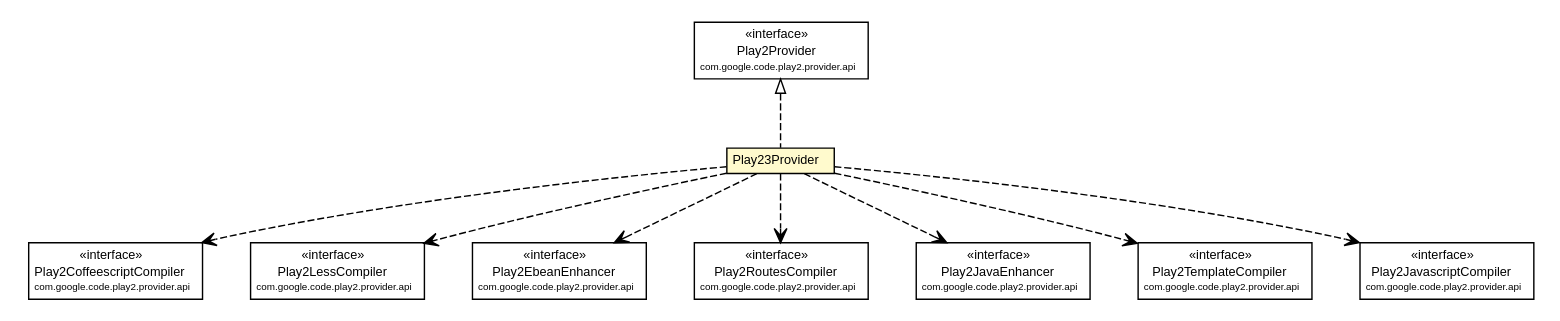
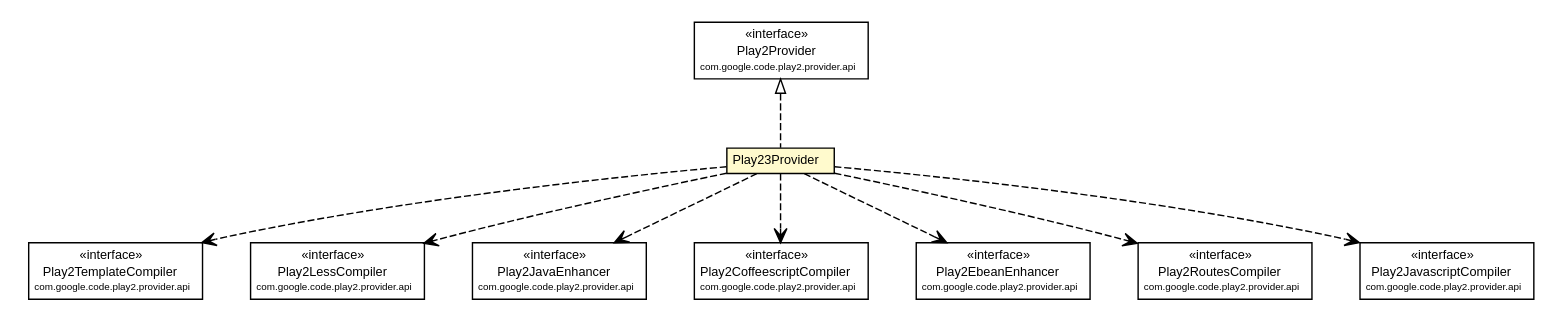
Before and after one commit to wouterhardeman/play2-maven-plugin: the diagram in mavensite/1.0.0-beta1-SNAPSHOT/play2-providers/play2-provider-play23/apidocs/com/google/code/play2/provider/play23/Play23Provider.dot, drawn with Graphviz. The commit also changed 224 other files, not shown here.

Commit message:
Public site for version "1.0.0-beta1-SNAPSHOT" updated.

```diff
--- a/mavensite/1.0.0-beta1-SNAPSHOT/play2-providers/play2-provider-play23/apidocs/com/google/code/play2/provider/play23/Play23Provider.dot
+++ b/mavensite/1.0.0-beta1-SNAPSHOT/play2-providers/play2-provider-play23/apidocs/com/google/code/play2/provider/play23/Play23Provider.dot
@@ -1,98 +1,98 @@
 #!/usr/local/bin/dot
 #
 # Class diagram 
 # Generated by UMLGraph version R5_6-24-gf6e263 (http://www.umlgraph.org/)
 #
 
 digraph G {
 	edge [fontname="arial",fontsize=10,labelfontname="arial",labelfontsize=10];
 	node [fontname="arial",fontsize=10,shape=plaintext];
 	nodesep=0.25;
 	ranksep=0.5;
 	// com.google.code.play2.provider.play23.Play23Provider
 	c177 [label=<<table title="com.google.code.play2.provider.play23.Play23Provider" border="0" cellborder="1" cellspacing="0" cellpadding="2" port="p" bgcolor="lemonChiffon" href="./Play23Provider.html">
 		<tr><td><table border="0" cellspacing="0" cellpadding="1">
 <tr><td align="center" balign="center"> Play23Provider </td></tr>
 		</table></td></tr>
 		</table>>, URL="./Play23Provider.html", fontname="arial", fontcolor="black", fontsize=9.0];
 	//com.google.code.play2.provider.play23.Play23Provider implements com.google.code.play2.provider.api.Play2Provider
 	c186:p -> c177:p [dir=back,arrowtail=empty,style=dashed];
-	// com.google.code.play2.provider.play23.Play23Provider DEPEND com.google.code.play2.provider.api.Play2CoffeescriptCompiler
+	// com.google.code.play2.provider.play23.Play23Provider DEPEND com.google.code.play2.provider.api.Play2TemplateCompiler
 	c177:p -> c187:p [taillabel="", label="", headlabel="", fontname="arial", fontcolor="black", fontsize=10.0, color="black", arrowhead=open, style=dashed];
 	// com.google.code.play2.provider.play23.Play23Provider DEPEND com.google.code.play2.provider.api.Play2LessCompiler
 	c177:p -> c188:p [taillabel="", label="", headlabel="", fontname="arial", fontcolor="black", fontsize=10.0, color="black", arrowhead=open, style=dashed];
+	// com.google.code.play2.provider.play23.Play23Provider DEPEND com.google.code.play2.provider.api.Play2JavaEnhancer
+	c177:p -> c189:p [taillabel="", label="", headlabel="", fontname="arial", fontcolor="black", fontsize=10.0, color="black", arrowhead=open, style=dashed];
+	// com.google.code.play2.provider.play23.Play23Provider DEPEND com.google.code.play2.provider.api.Play2CoffeescriptCompiler
+	c177:p -> c190:p [taillabel="", label="", headlabel="", fontname="arial", fontcolor="black", fontsize=10.0, color="black", arrowhead=open, style=dashed];
 	// com.google.code.play2.provider.play23.Play23Provider DEPEND com.google.code.play2.provider.api.Play2EbeanEnhancer
-	c177:p -> c189:p [taillabel="", label="", headlabel="", fontname="arial", fontcolor="black", fontsize=10.0, color="black", arrowhead=open, style=dashed];
+	c177:p -> c191:p [taillabel="", label="", headlabel="", fontname="arial", fontcolor="black", fontsize=10.0, color="black", arrowhead=open, style=dashed];
 	// com.google.code.play2.provider.play23.Play23Provider DEPEND com.google.code.play2.provider.api.Play2RoutesCompiler
-	c177:p -> c190:p [taillabel="", label="", headlabel="", fontname="arial", fontcolor="black", fontsize=10.0, color="black", arrowhead=open, style=dashed];
-	// com.google.code.play2.provider.play23.Play23Provider DEPEND com.google.code.play2.provider.api.Play2JavaEnhancer
-	c177:p -> c191:p [taillabel="", label="", headlabel="", fontname="arial", fontcolor="black", fontsize=10.0, color="black", arrowhead=open, style=dashed];
-	// com.google.code.play2.provider.play23.Play23Provider DEPEND com.google.code.play2.provider.api.Play2TemplateCompiler
 	c177:p -> c192:p [taillabel="", label="", headlabel="", fontname="arial", fontcolor="black", fontsize=10.0, color="black", arrowhead=open, style=dashed];
 	// com.google.code.play2.provider.play23.Play23Provider DEPEND com.google.code.play2.provider.api.Play2JavascriptCompiler
 	c177:p -> c193:p [taillabel="", label="", headlabel="", fontname="arial", fontcolor="black", fontsize=10.0, color="black", arrowhead=open, style=dashed];
 	// com.google.code.play2.provider.api.Play2LessCompiler
 	c188 [label=<<table title="com.google.code.play2.provider.api.Play2LessCompiler" border="0" cellborder="1" cellspacing="0" cellpadding="2" port="p" href="https://play2-maven-plugin.googlecode.com/svn/mavensite/1.0.0-beta1-SNAPSHOT/play2-provider-api/apidocs/com/google/code/play2/provider/api/Play2LessCompiler.html">
 		<tr><td><table border="0" cellspacing="0" cellpadding="1">
 <tr><td align="center" balign="center"> &#171;interface&#187; </td></tr>
 <tr><td align="center" balign="center"> Play2LessCompiler </td></tr>
 <tr><td align="center" balign="center"><font point-size="7.0"> com.google.code.play2.provider.api </font></td></tr>
 		</table></td></tr>
 		</table>>, URL="https://play2-maven-plugin.googlecode.com/svn/mavensite/1.0.0-beta1-SNAPSHOT/play2-provider-api/apidocs/com/google/code/play2/provider/api/Play2LessCompiler.html", fontname="arial", fontcolor="black", fontsize=9.0];
 	// com.google.code.play2.provider.api.Play2EbeanEnhancer
-	c189 [label=<<table title="com.google.code.play2.provider.api.Play2EbeanEnhancer" border="0" cellborder="1" cellspacing="0" cellpadding="2" port="p" href="https://play2-maven-plugin.googlecode.com/svn/mavensite/1.0.0-beta1-SNAPSHOT/play2-provider-api/apidocs/com/google/code/play2/provider/api/Play2EbeanEnhancer.html">
+	c191 [label=<<table title="com.google.code.play2.provider.api.Play2EbeanEnhancer" border="0" cellborder="1" cellspacing="0" cellpadding="2" port="p" href="https://play2-maven-plugin.googlecode.com/svn/mavensite/1.0.0-beta1-SNAPSHOT/play2-provider-api/apidocs/com/google/code/play2/provider/api/Play2EbeanEnhancer.html">
 		<tr><td><table border="0" cellspacing="0" cellpadding="1">
 <tr><td align="center" balign="center"> &#171;interface&#187; </td></tr>
 <tr><td align="center" balign="center"> Play2EbeanEnhancer </td></tr>
 <tr><td align="center" balign="center"><font point-size="7.0"> com.google.code.play2.provider.api </font></td></tr>
 		</table></td></tr>
 		</table>>, URL="https://play2-maven-plugin.googlecode.com/svn/mavensite/1.0.0-beta1-SNAPSHOT/play2-provider-api/apidocs/com/google/code/play2/provider/api/Play2EbeanEnhancer.html", fontname="arial", fontcolor="black", fontsize=9.0];
 	// com.google.code.play2.provider.api.Play2CoffeescriptCompiler
-	c187 [label=<<table title="com.google.code.play2.provider.api.Play2CoffeescriptCompiler" border="0" cellborder="1" cellspacing="0" cellpadding="2" port="p" href="https://play2-maven-plugin.googlecode.com/svn/mavensite/1.0.0-beta1-SNAPSHOT/play2-provider-api/apidocs/com/google/code/play2/provider/api/Play2CoffeescriptCompiler.html">
+	c190 [label=<<table title="com.google.code.play2.provider.api.Play2CoffeescriptCompiler" border="0" cellborder="1" cellspacing="0" cellpadding="2" port="p" href="https://play2-maven-plugin.googlecode.com/svn/mavensite/1.0.0-beta1-SNAPSHOT/play2-provider-api/apidocs/com/google/code/play2/provider/api/Play2CoffeescriptCompiler.html">
 		<tr><td><table border="0" cellspacing="0" cellpadding="1">
 <tr><td align="center" balign="center"> &#171;interface&#187; </td></tr>
 <tr><td align="center" balign="center"> Play2CoffeescriptCompiler </td></tr>
 <tr><td align="center" balign="center"><font point-size="7.0"> com.google.code.play2.provider.api </font></td></tr>
 		</table></td></tr>
 		</table>>, URL="https://play2-maven-plugin.googlecode.com/svn/mavensite/1.0.0-beta1-SNAPSHOT/play2-provider-api/apidocs/com/google/code/play2/provider/api/Play2CoffeescriptCompiler.html", fontname="arial", fontcolor="black", fontsize=9.0];
 	// com.google.code.play2.provider.api.Play2JavaEnhancer
-	c191 [label=<<table title="com.google.code.play2.provider.api.Play2JavaEnhancer" border="0" cellborder="1" cellspacing="0" cellpadding="2" port="p" href="https://play2-maven-plugin.googlecode.com/svn/mavensite/1.0.0-beta1-SNAPSHOT/play2-provider-api/apidocs/com/google/code/play2/provider/api/Play2JavaEnhancer.html">
+	c189 [label=<<table title="com.google.code.play2.provider.api.Play2JavaEnhancer" border="0" cellborder="1" cellspacing="0" cellpadding="2" port="p" href="https://play2-maven-plugin.googlecode.com/svn/mavensite/1.0.0-beta1-SNAPSHOT/play2-provider-api/apidocs/com/google/code/play2/provider/api/Play2JavaEnhancer.html">
 		<tr><td><table border="0" cellspacing="0" cellpadding="1">
 <tr><td align="center" balign="center"> &#171;interface&#187; </td></tr>
 <tr><td align="center" balign="center"> Play2JavaEnhancer </td></tr>
 <tr><td align="center" balign="center"><font point-size="7.0"> com.google.code.play2.provider.api </font></td></tr>
 		</table></td></tr>
 		</table>>, URL="https://play2-maven-plugin.googlecode.com/svn/mavensite/1.0.0-beta1-SNAPSHOT/play2-provider-api/apidocs/com/google/code/play2/provider/api/Play2JavaEnhancer.html", fontname="arial", fontcolor="black", fontsize=9.0];
 	// com.google.code.play2.provider.api.Play2RoutesCompiler
-	c190 [label=<<table title="com.google.code.play2.provider.api.Play2RoutesCompiler" border="0" cellborder="1" cellspacing="0" cellpadding="2" port="p" href="https://play2-maven-plugin.googlecode.com/svn/mavensite/1.0.0-beta1-SNAPSHOT/play2-provider-api/apidocs/com/google/code/play2/provider/api/Play2RoutesCompiler.html">
+	c192 [label=<<table title="com.google.code.play2.provider.api.Play2RoutesCompiler" border="0" cellborder="1" cellspacing="0" cellpadding="2" port="p" href="https://play2-maven-plugin.googlecode.com/svn/mavensite/1.0.0-beta1-SNAPSHOT/play2-provider-api/apidocs/com/google/code/play2/provider/api/Play2RoutesCompiler.html">
 		<tr><td><table border="0" cellspacing="0" cellpadding="1">
 <tr><td align="center" balign="center"> &#171;interface&#187; </td></tr>
 <tr><td align="center" balign="center"> Play2RoutesCompiler </td></tr>
 <tr><td align="center" balign="center"><font point-size="7.0"> com.google.code.play2.provider.api </font></td></tr>
 		</table></td></tr>
 		</table>>, URL="https://play2-maven-plugin.googlecode.com/svn/mavensite/1.0.0-beta1-SNAPSHOT/play2-provider-api/apidocs/com/google/code/play2/provider/api/Play2RoutesCompiler.html", fontname="arial", fontcolor="black", fontsize=9.0];
 	// com.google.code.play2.provider.api.Play2JavascriptCompiler
 	c193 [label=<<table title="com.google.code.play2.provider.api.Play2JavascriptCompiler" border="0" cellborder="1" cellspacing="0" cellpadding="2" port="p" href="https://play2-maven-plugin.googlecode.com/svn/mavensite/1.0.0-beta1-SNAPSHOT/play2-provider-api/apidocs/com/google/code/play2/provider/api/Play2JavascriptCompiler.html">
 		<tr><td><table border="0" cellspacing="0" cellpadding="1">
 <tr><td align="center" balign="center"> &#171;interface&#187; </td></tr>
 <tr><td align="center" balign="center"> Play2JavascriptCompiler </td></tr>
 <tr><td align="center" balign="center"><font point-size="7.0"> com.google.code.play2.provider.api </font></td></tr>
 		</table></td></tr>
 		</table>>, URL="https://play2-maven-plugin.googlecode.com/svn/mavensite/1.0.0-beta1-SNAPSHOT/play2-provider-api/apidocs/com/google/code/play2/provider/api/Play2JavascriptCompiler.html", fontname="arial", fontcolor="black", fontsize=9.0];
 	// com.google.code.play2.provider.api.Play2Provider
 	c186 [label=<<table title="com.google.code.play2.provider.api.Play2Provider" border="0" cellborder="1" cellspacing="0" cellpadding="2" port="p" href="https://play2-maven-plugin.googlecode.com/svn/mavensite/1.0.0-beta1-SNAPSHOT/play2-provider-api/apidocs/com/google/code/play2/provider/api/Play2Provider.html">
 		<tr><td><table border="0" cellspacing="0" cellpadding="1">
 <tr><td align="center" balign="center"> &#171;interface&#187; </td></tr>
 <tr><td align="center" balign="center"> Play2Provider </td></tr>
 <tr><td align="center" balign="center"><font point-size="7.0"> com.google.code.play2.provider.api </font></td></tr>
 		</table></td></tr>
 		</table>>, URL="https://play2-maven-plugin.googlecode.com/svn/mavensite/1.0.0-beta1-SNAPSHOT/play2-provider-api/apidocs/com/google/code/play2/provider/api/Play2Provider.html", fontname="arial", fontcolor="black", fontsize=9.0];
 	// com.google.code.play2.provider.api.Play2TemplateCompiler
-	c192 [label=<<table title="com.google.code.play2.provider.api.Play2TemplateCompiler" border="0" cellborder="1" cellspacing="0" cellpadding="2" port="p" href="https://play2-maven-plugin.googlecode.com/svn/mavensite/1.0.0-beta1-SNAPSHOT/play2-provider-api/apidocs/com/google/code/play2/provider/api/Play2TemplateCompiler.html">
+	c187 [label=<<table title="com.google.code.play2.provider.api.Play2TemplateCompiler" border="0" cellborder="1" cellspacing="0" cellpadding="2" port="p" href="https://play2-maven-plugin.googlecode.com/svn/mavensite/1.0.0-beta1-SNAPSHOT/play2-provider-api/apidocs/com/google/code/play2/provider/api/Play2TemplateCompiler.html">
 		<tr><td><table border="0" cellspacing="0" cellpadding="1">
 <tr><td align="center" balign="center"> &#171;interface&#187; </td></tr>
 <tr><td align="center" balign="center"> Play2TemplateCompiler </td></tr>
 <tr><td align="center" balign="center"><font point-size="7.0"> com.google.code.play2.provider.api </font></td></tr>
 		</table></td></tr>
 		</table>>, URL="https://play2-maven-plugin.googlecode.com/svn/mavensite/1.0.0-beta1-SNAPSHOT/play2-provider-api/apidocs/com/google/code/play2/provider/api/Play2TemplateCompiler.html", fontname="arial", fontcolor="black", fontsize=9.0];
 }
```
